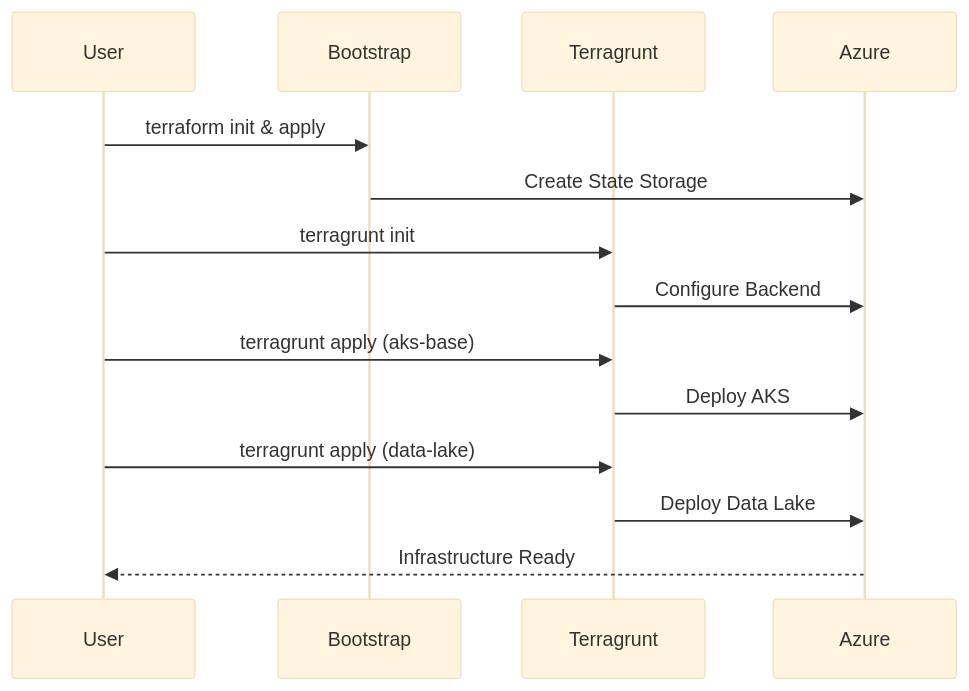
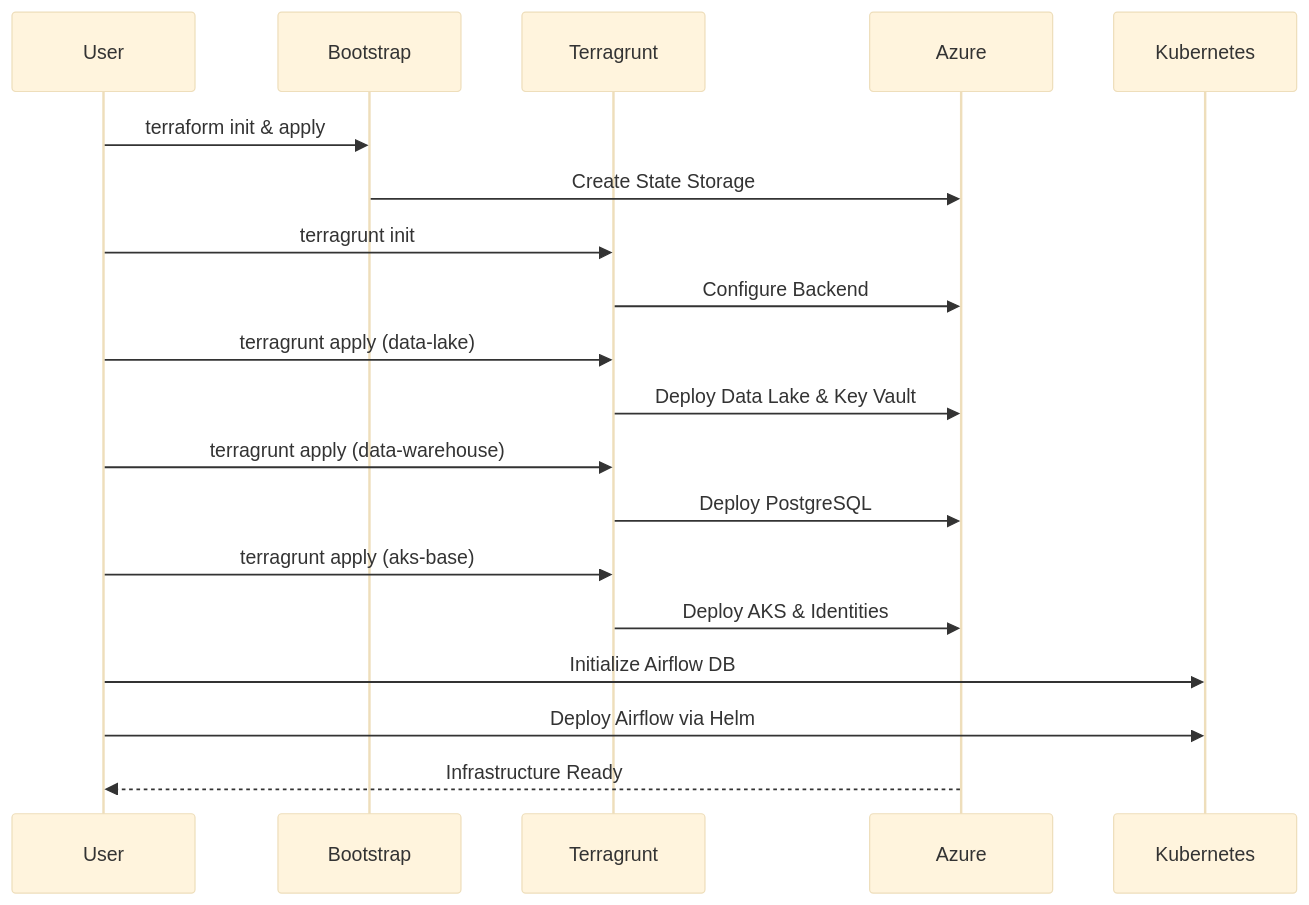
Before and after one commit to waddafunk/the-air-quality-project-infrastructure-as-code: the third of 3 diagrams in README.md, drawn with Mermaid (base theme). The commit also changed other lines of this file, not shown here.

````diff
--- a/README.md
+++ b/README.md
@@ -82,17 +101,22 @@
 ```mermaid
 sequenceDiagram
     participant U as User
     participant B as Bootstrap
     participant T as Terragrunt
     participant Az as Azure
+    participant K as Kubernetes
 
     U->>B: terraform init & apply
     B->>Az: Create State Storage
     U->>T: terragrunt init
     T->>Az: Configure Backend
+    U->>T: terragrunt apply (data-lake)
+    T->>Az: Deploy Data Lake & Key Vault
+    U->>T: terragrunt apply (data-warehouse)
+    T->>Az: Deploy PostgreSQL
     U->>T: terragrunt apply (aks-base)
-    T->>Az: Deploy AKS
-    U->>T: terragrunt apply (data-lake)
-    T->>Az: Deploy Data Lake
+    T->>Az: Deploy AKS & Identities
+    U->>K: Initialize Airflow DB
+    U->>K: Deploy Airflow via Helm
     Az-->>U: Infrastructure Ready
 ```
````
